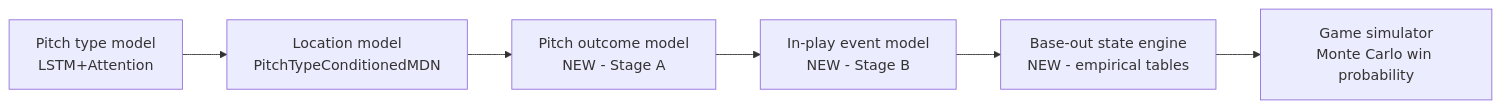
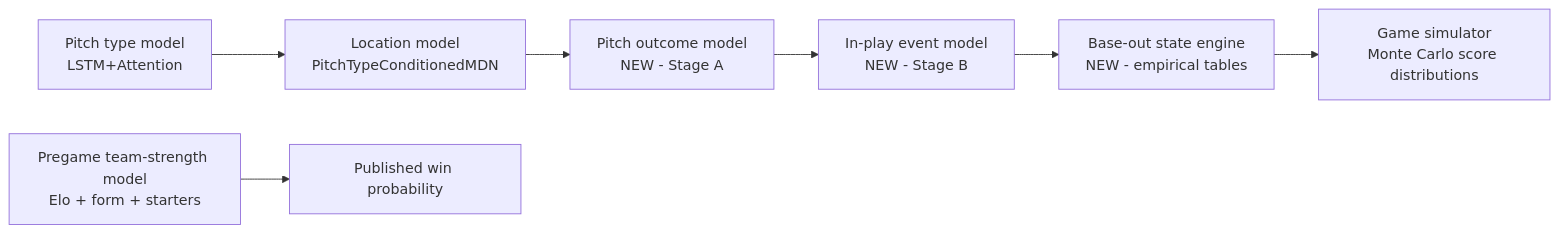
The diagram in docs/pitch_outcome_model_plan.md (mcbarlowe/mlb), drawn with Mermaid before and after one commit. The commit also changed other lines of this file and 10 other files, not shown here.

Commit message:
Promote leak-free team-strength win model

````diff
--- a/docs/pitch_outcome_model_plan.md
+++ b/docs/pitch_outcome_model_plan.md
@@ -11,8 +11,9 @@
 ```mermaid
 graph LR
     A[Pitch type model<br/>LSTM+Attention] --> B[Location model<br/>PitchTypeConditionedMDN]
     B --> C[Pitch outcome model<br/>NEW - Stage A]
     C --> D[In-play event model<br/>NEW - Stage B]
     D --> E[Base-out state engine<br/>NEW - empirical tables]
-    E --> F[Game simulator<br/>Monte Carlo win probability]
+    E --> F[Game simulator<br/>Monte Carlo score distributions]
+    G[Pregame team-strength model<br/>Elo + form + starters] --> H[Published win probability]
 ```
````
